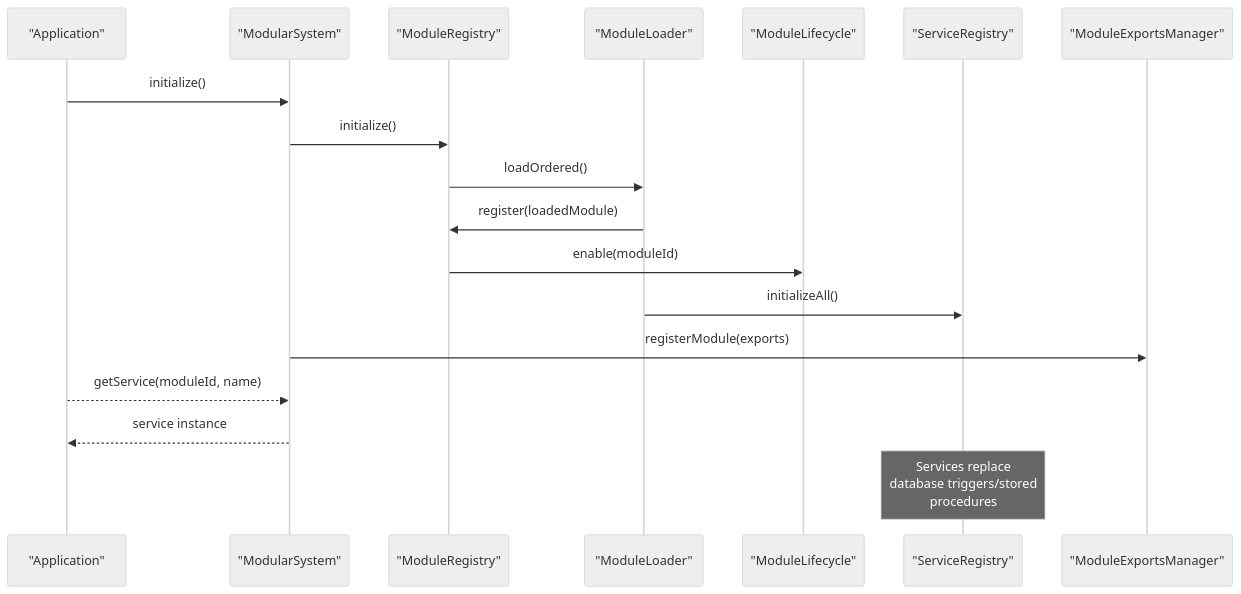
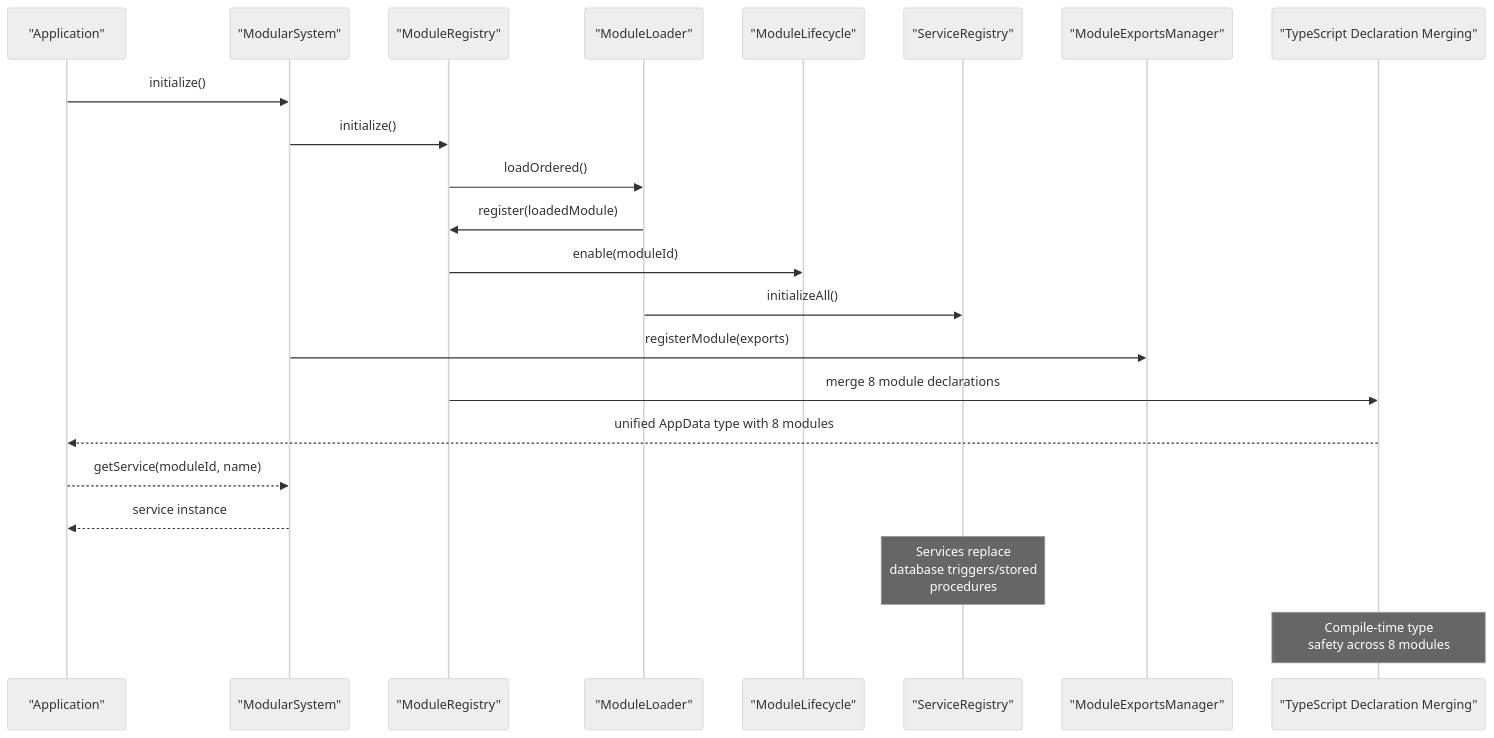
The second of 14 diagrams in .qoder/repowiki/en/content/Modules System/Modules System.md (geniusdynamics/schoolpilot), drawn with Mermaid (neutral theme) before and after one commit. The commit also changed other lines of this file and 54 other files, not shown here.

````diff
--- a/.qoder/repowiki/en/content/Modules System/Modules System.md
+++ b/.qoder/repowiki/en/content/Modules System/Modules System.md
@@ -147,20 +161,24 @@
 ```mermaid
 sequenceDiagram
 participant App as "Application"
 participant MS as "ModularSystem"
 participant MR as "ModuleRegistry"
 participant ML as "ModuleLoader"
 participant MLC as "ModuleLifecycle"
 participant SER as "ServiceRegistry"
 participant ME as "ModuleExportsManager"
+participant AUG as "TypeScript Declaration Merging"
 App->>MS : initialize()
 MS->>MR : initialize()
 MR->>ML : loadOrdered()
 ML->>MR : register(loadedModule)
 MR->>MLC : enable(moduleId)
 ML->>SER : initializeAll()
 MS->>ME : registerModule(exports)
+MR->>AUG : merge 8 module declarations
+AUG-->>App : unified AppData type with 8 modules
 App-->>MS : getService(moduleId, name)
 MS-->>App : service instance
 Note over SER : Services replace<br/>database triggers/stored<br/>procedures
+Note over AUG : Compile-time type<br/>safety across 8 modules
 ```
````
